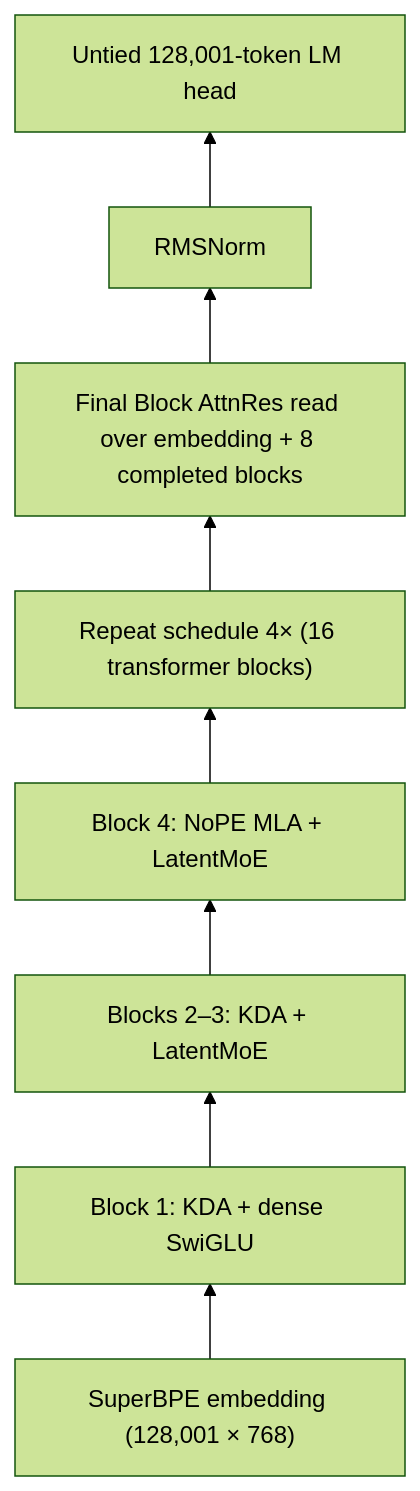
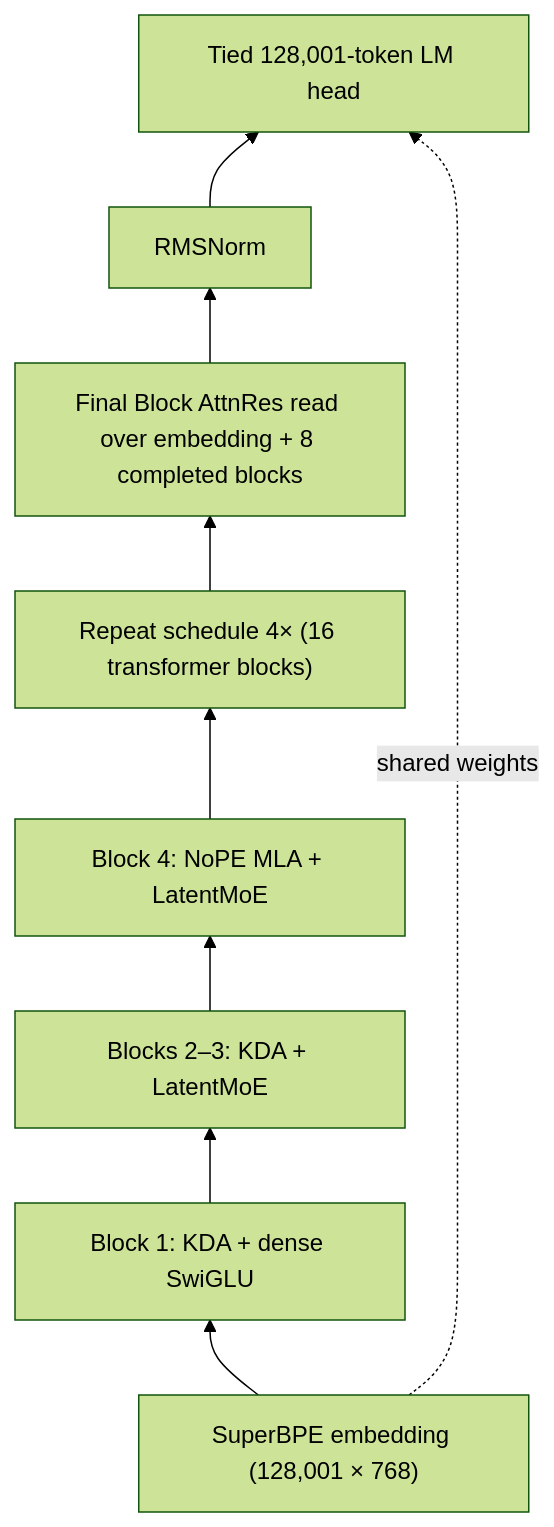
The diagram in README.md (yxanul/openkimi), drawn with Mermaid (forest theme) before and after one commit. The commit also changed other lines of this file and 5 other files, not shown here.

````diff
--- a/README.md
+++ b/README.md
@@ -11,10 +11,11 @@
 ```mermaid
 flowchart BT
   E["SuperBPE embedding (128,001 × 768)"] --> B1
   B1["Block 1: KDA + dense SwiGLU"] --> B2["Blocks 2–3: KDA + LatentMoE"]
   B2 --> B4["Block 4: NoPE MLA + LatentMoE"]
   B4 --> R["Repeat schedule 4× (16 transformer blocks)"]
   R --> A["Final Block AttnRes read over embedding + 8 completed blocks"]
   A --> N["RMSNorm"]
-  N --> H["Untied 128,001-token LM head"]
+  N --> H["Tied 128,001-token LM head"]
+  E -. "shared weights" .-> H
 ```
````
